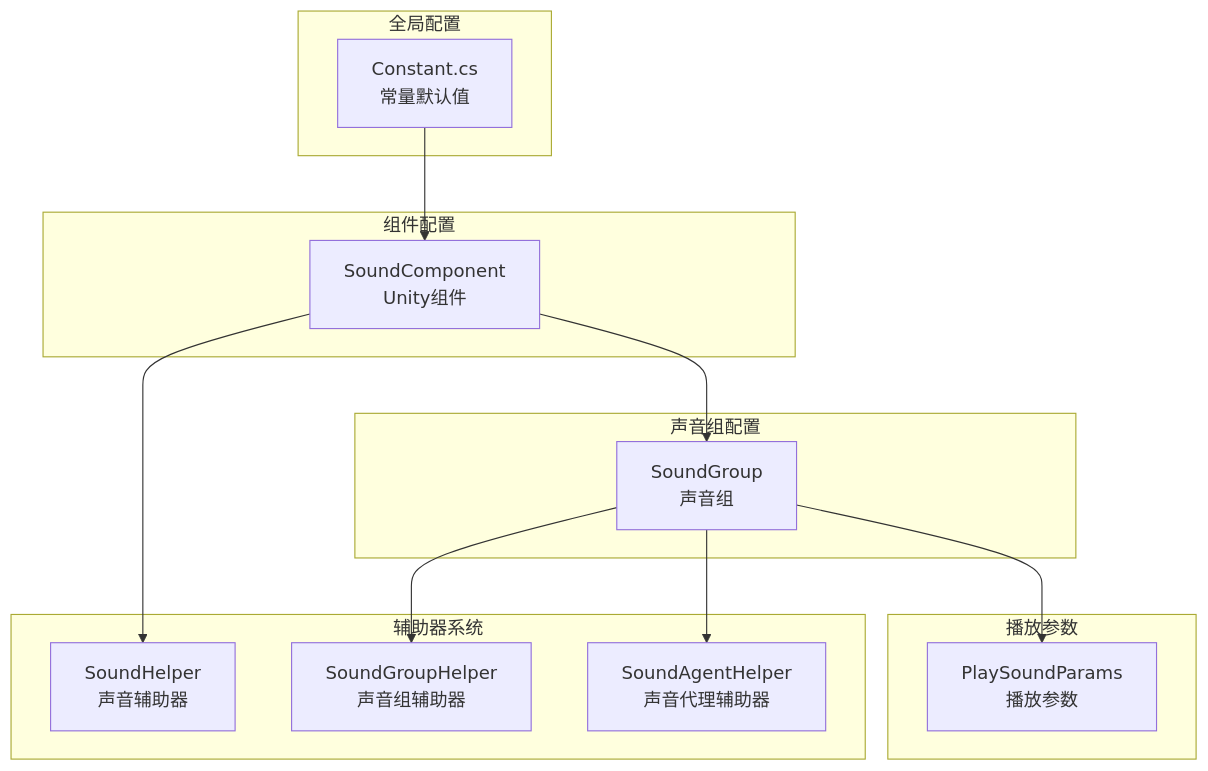
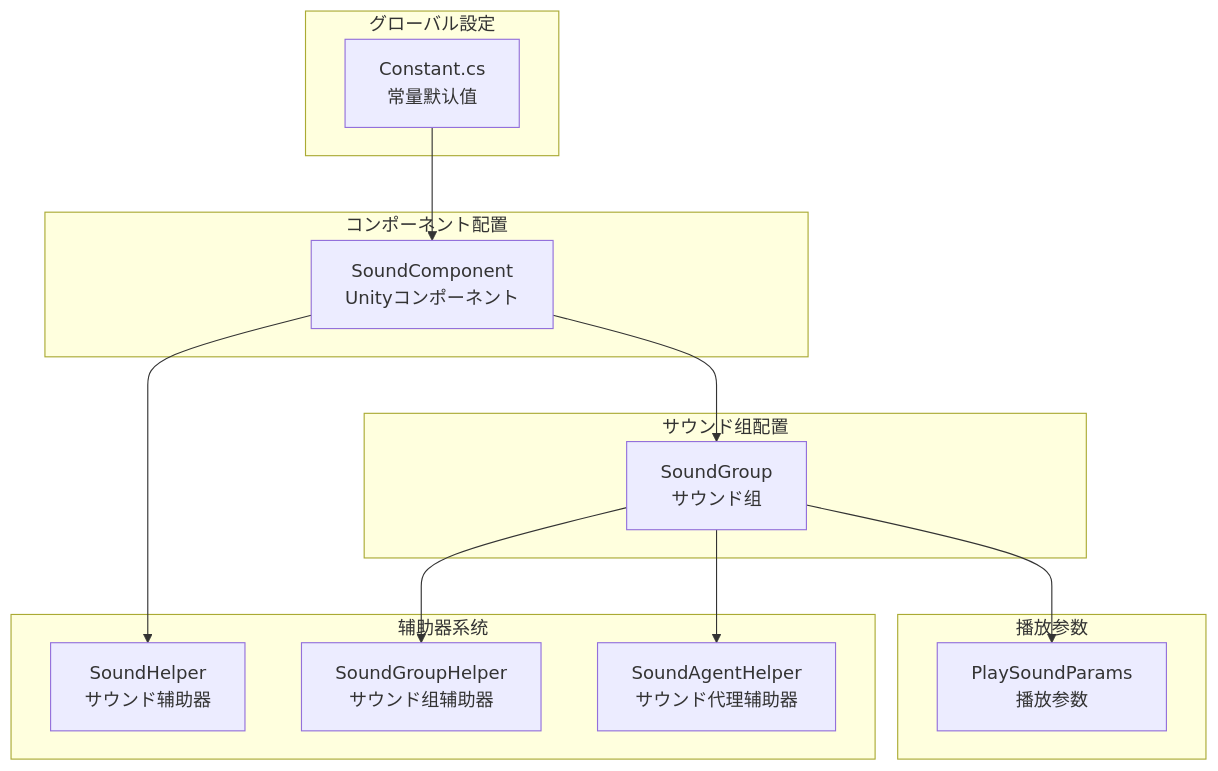
Before and after one commit to AlianBlank/GameFrameX.Docs: the first of 2 diagrams in docs/ja/client/unity/component/sound/10.configuration.md, drawn with Mermaid. The commit also changed other lines of this file and 603 other files, not shown here.

````diff
--- a/docs/ja/client/unity/component/sound/10.configuration.md
+++ b/docs/ja/client/unity/component/sound/10.configuration.md
@@ -18,31 +18,31 @@
 ```mermaid
 flowchart TD
-    subgraph Global["全局配置"]
+    subgraph Global["グローバル設定"]
         Constant["Constant.cs<br/>常量默认值"]
     end
 
-    subgraph Component["组件配置"]
-        SC[SoundComponent<br/>Unity组件]
+    subgraph Component["コンポーネント配置"]
+        SC[SoundComponent<br/>Unityコンポーネント]
     end
 
-    subgraph Group["声音组配置"]
-        SG[SoundGroup<br/>声音组]
+    subgraph Group["サウンド组配置"]
+        SG[SoundGroup<br/>サウンド组]
     end
 
     subgraph PlayParams["播放参数"]
         PSP[PlaySoundParams<br/>播放参数]
     end
 
     subgraph Helpers["辅助器系统"]
-        SH[SoundHelper<br/>声音辅助器]
-        SGH[SoundGroupHelper<br/>声音组辅助器]
-        SAH[SoundAgentHelper<br/>声音代理辅助器]
+        SH[SoundHelper<br/>サウンド辅助器]
+        SGH[SoundGroupHelper<br/>サウンド组辅助器]
+        SAH[SoundAgentHelper<br/>サウンド代理辅助器]
     end
 
     Constant --> SC
     SC --> SG
     SG --> PSP
     SC --> SH
     SG --> SGH
     SG --> SAH
 ```
````
